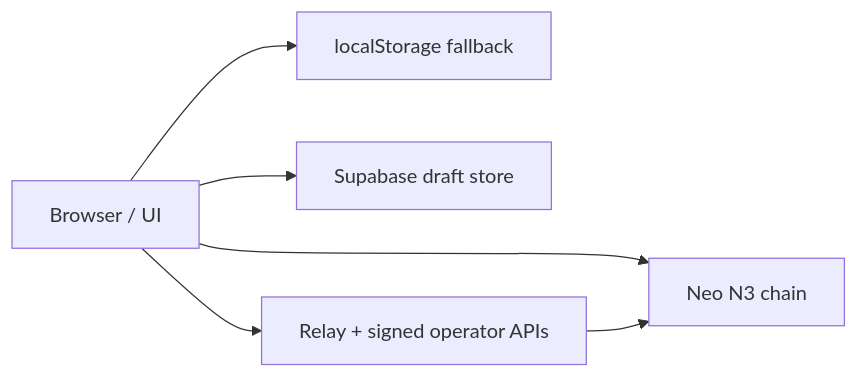
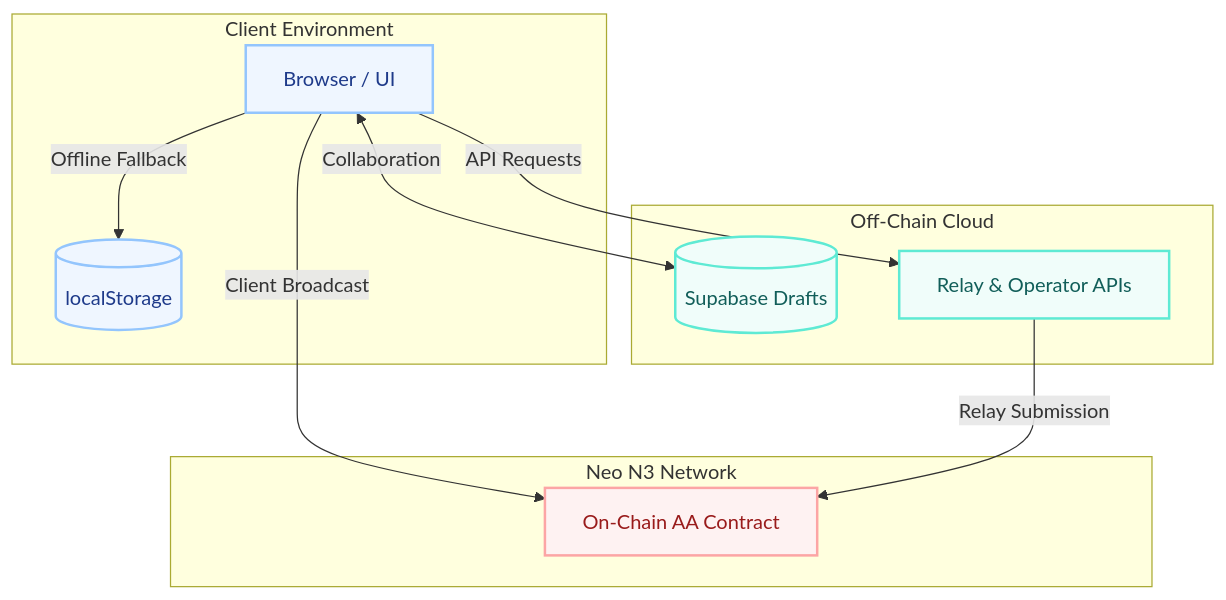
One commit to r3e-network/neo-abstract-account changed the first of 5 diagrams in docs/DATA_FLOW.md. Above: the diagram before and after it, drawn with Mermaid. The commit also changed other lines of this file and 15 other files, not shown here.

````diff
--- a/docs/DATA_FLOW.md
+++ b/docs/DATA_FLOW.md
@@ -9,14 +9,30 @@
 ```mermaid
-flowchart LR
-  Browser[Browser / UI]
-  Local[localStorage fallback]
-  Supabase[Supabase draft store]
-  Relay[Relay + signed operator APIs]
-  Chain[Neo N3 chain]
+flowchart TD
+  subgraph Client [Client Environment]
+    Browser[Browser / UI]
+    Local[(localStorage)]
+  end
 
-  Browser --> Local
-  Browser --> Supabase
-  Browser --> Relay
-  Browser --> Chain
-  Relay --> Chain
+  subgraph Cloud [Off-Chain Cloud]
+    Supabase[(Supabase Drafts)]
+    Relay[Relay & Operator APIs]
+  end
+
+  subgraph Blockchain [Neo N3 Network]
+    Chain[On-Chain AA Contract]
+  end
+
+  Browser -->|Offline Fallback| Local
+  Browser <-->|Collaboration| Supabase
+  Browser -->|API Requests| Relay
+  Browser -->|Client Broadcast| Chain
+  Relay -->|Relay Submission| Chain
+
+  classDef client fill:#eff6ff,stroke:#93c5fd,stroke-width:2px,color:#1e3a8a
+  classDef cloud fill:#f0fdfa,stroke:#5eead4,stroke-width:2px,color:#115e59
+  classDef chain fill:#fef2f2,stroke:#fca5a5,stroke-width:2px,color:#991b1b
+
+  class Browser,Local client
+  class Supabase,Relay cloud
+  class Chain chain
 ```
````
